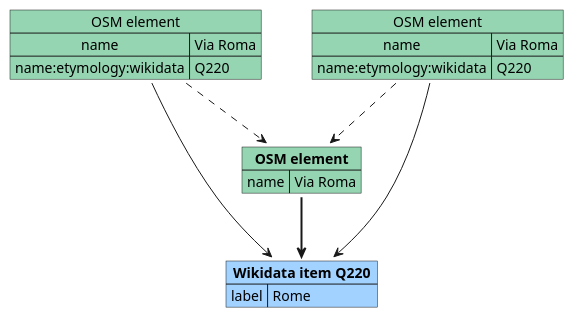
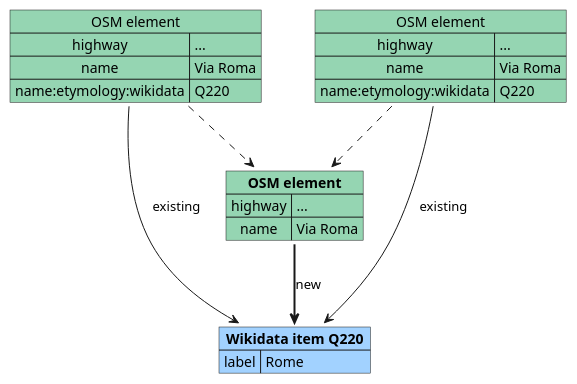
One commit to Danysan1/osm-wikidata-map-framework changed the diagram in images/data/propagation.plantuml. Above: the diagram before and after it, drawn with PlantUML. The commit also changed 5 other files, not shown here.

```diff
--- a/images/data/propagation.plantuml
+++ b/images/data/propagation.plantuml
@@ -1,26 +1,29 @@
 @startuml propagation
 
 map "OSM element" as osma #95d5b2 {
+  highway => ...
   name => Via Roma
   name:etymology:wikidata => Q220
 }
 map "**Wikidata item Q220**" as wikia #a2d2ff {
   label => Rome
 }
 
 map "OSM element" as osmb #95d5b2 {
+  highway => ...
   name => Via Roma
   name:etymology:wikidata => Q220
 }
 
 map "**OSM element**" as osmc #95d5b2 {
+  highway => ...
   name => Via Roma
 }
 
-osma -> wikia
-osmb -> wikia
-osmc -[bold]-> wikia
+osma -> wikia : existing
+osmb -> wikia : existing
+osmc -[bold]-> wikia : new
 osma ..> osmc
 osmb ..> osmc
 
 @enduml
```
